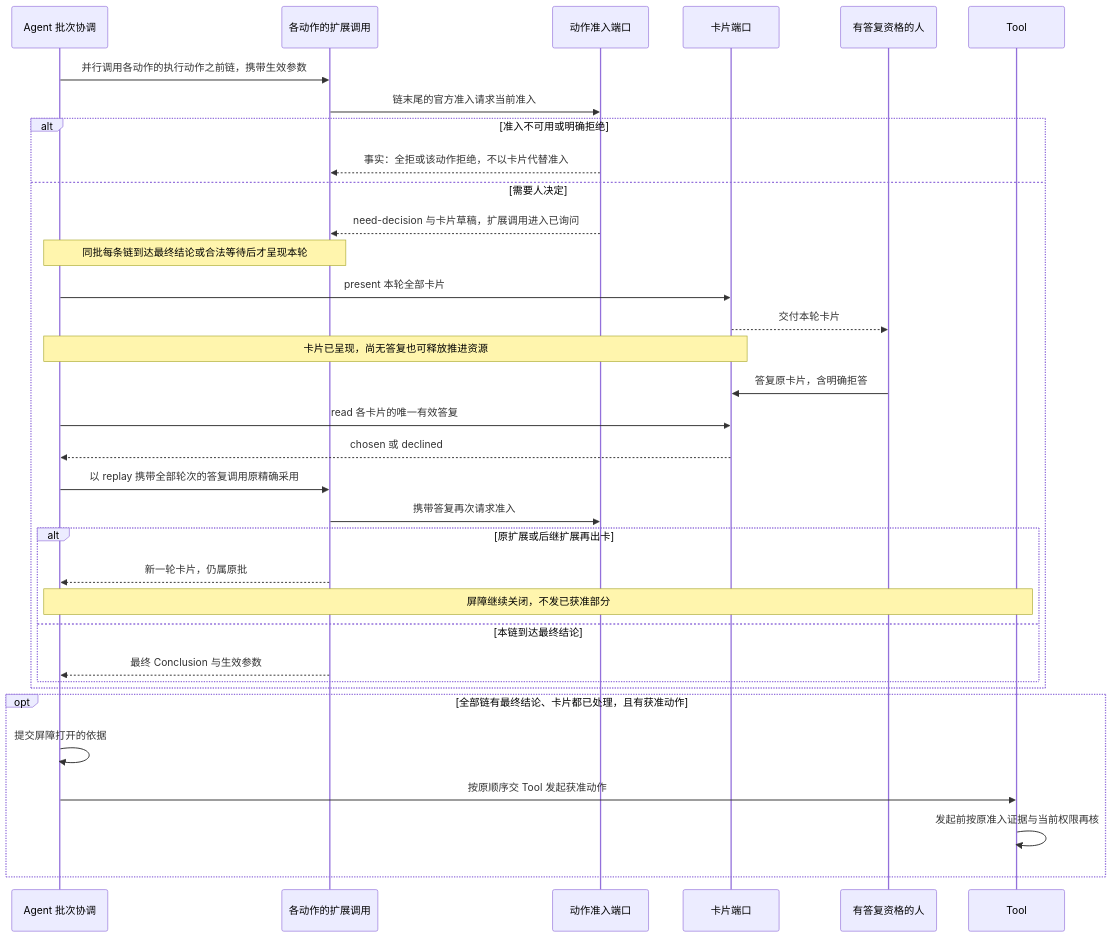
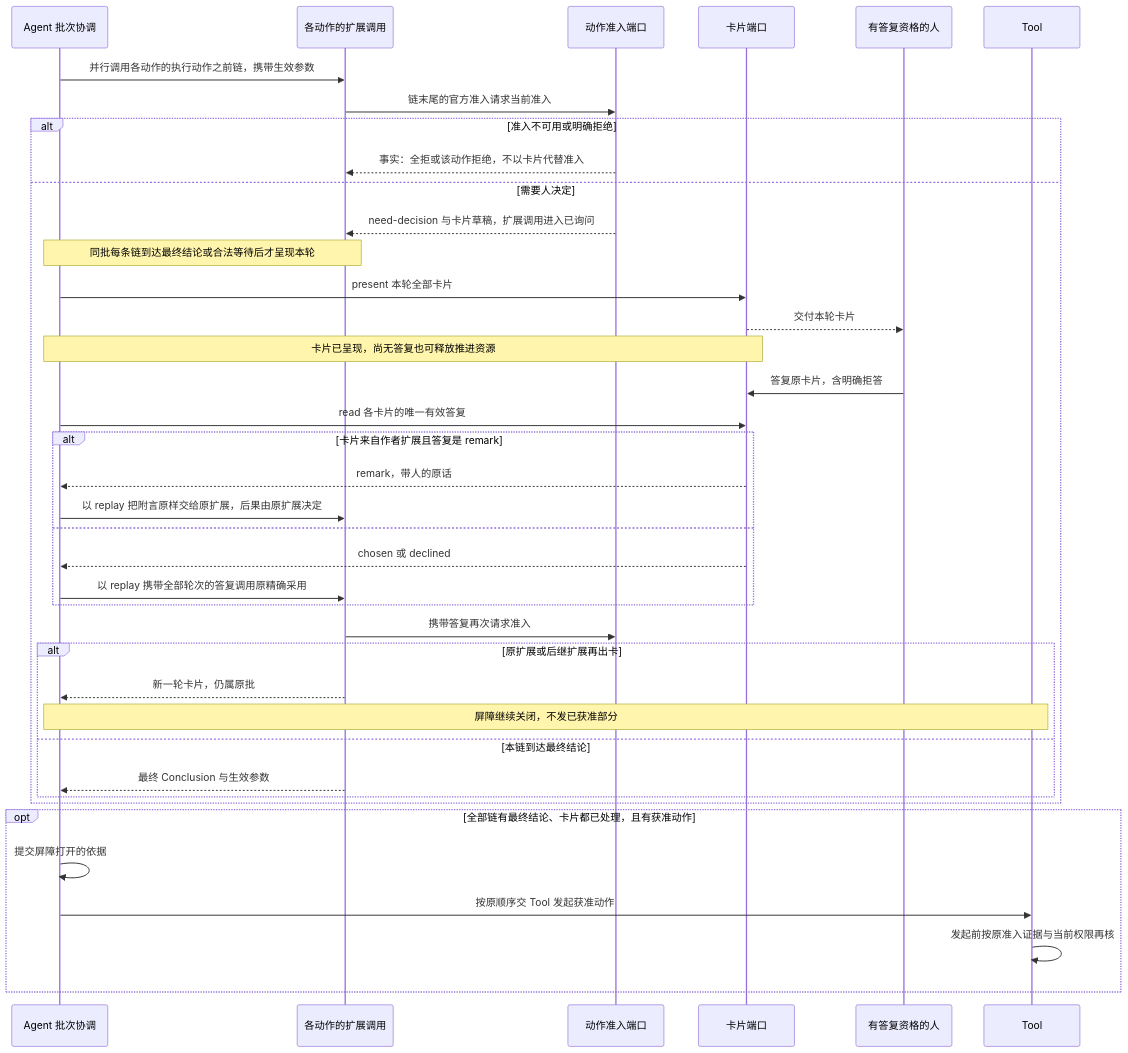
Before and after one commit to nemori-ai/omne-harness-lite: the third of 8 diagrams in packages/agent/agent-contract/docs/flows/scenarios.md, drawn with Mermaid. The commit also changed other lines of this file and 31 other files, not shown here.

````diff
--- a/packages/agent/agent-contract/docs/flows/scenarios.md
+++ b/packages/agent/agent-contract/docs/flows/scenarios.md
@@ -91,36 +91,41 @@
 ```mermaid
 sequenceDiagram
     participant A as Agent 批次协调
     participant E as 各动作的扩展调用
     participant Z as 动作准入端口
     participant H as 卡片端口
     participant U as 有答复资格的人
     participant T as Tool
     A->>E: 并行调用各动作的执行动作之前链，携带生效参数
     E->>Z: 链末尾的官方准入请求当前准入
     alt 准入不可用或明确拒绝
         Z-->>E: 事实：全拒或该动作拒绝，不以卡片代替准入
     else 需要人决定
         Z-->>E: need-decision 与卡片草稿，扩展调用进入已询问
         Note over A,E: 同批每条链到达最终结论或合法等待后才呈现本轮
         A->>H: present 本轮全部卡片
         H-->>U: 交付本轮卡片
         Note over A,H: 卡片已呈现，尚无答复也可释放推进资源
         U->>H: 答复原卡片，含明确拒答
         A->>H: read 各卡片的唯一有效答复
-        H-->>A: chosen 或 declined
-        A->>E: 以 replay 携带全部轮次的答复调用原精确采用
+        alt 卡片来自作者扩展且答复是 remark
+            H-->>A: remark，带人的原话
+            A->>E: 以 replay 把附言原样交给原扩展，后果由原扩展决定
+        else
+            H-->>A: chosen 或 declined
+            A->>E: 以 replay 携带全部轮次的答复调用原精确采用
+        end
         E->>Z: 携带答复再次请求准入
         alt 原扩展或后继扩展再出卡
             E-->>A: 新一轮卡片，仍属原批
             Note over A,T: 屏障继续关闭，不发已获准部分
         else 本链到达最终结论
             E-->>A: 最终 Conclusion 与生效参数
         end
     end
     opt 全部链有最终结论、卡片都已处理，且有获准动作
         A->>A: 提交屏障打开的依据
         A->>T: 按原顺序交 Tool 发起获准动作
         T->>T: 发起前按原准入证据与当前权限再核
     end
 ```
````
